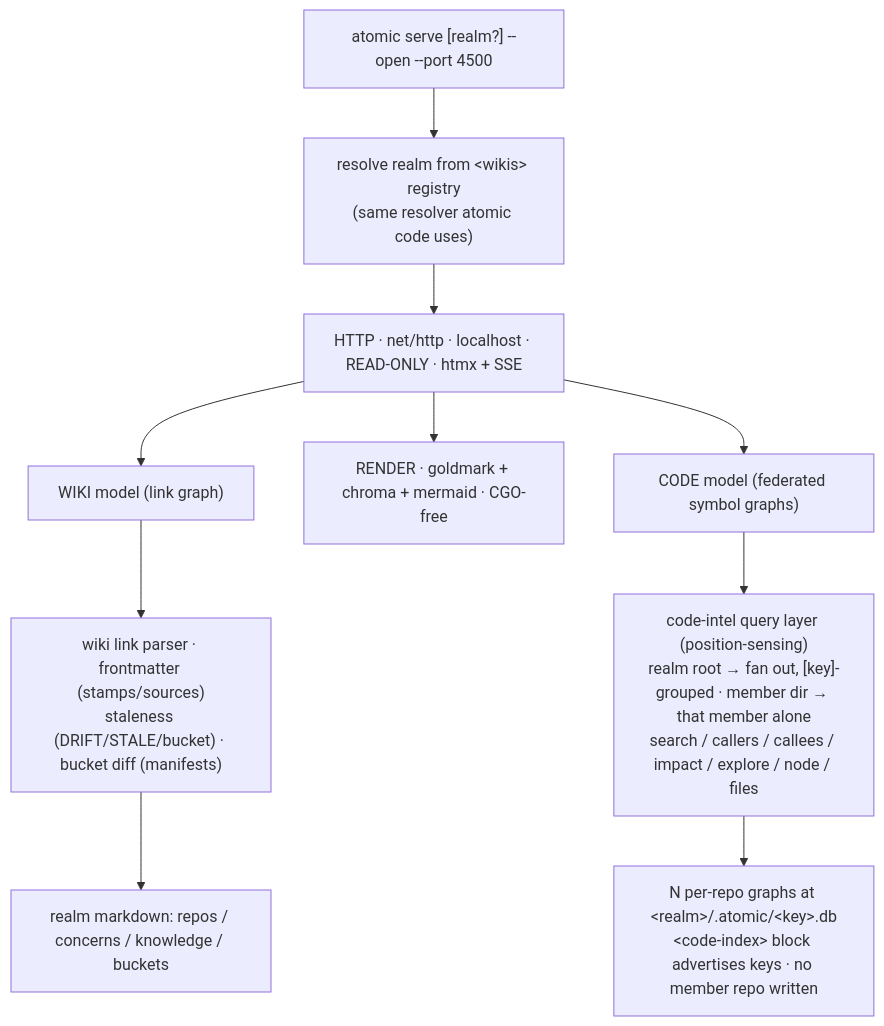
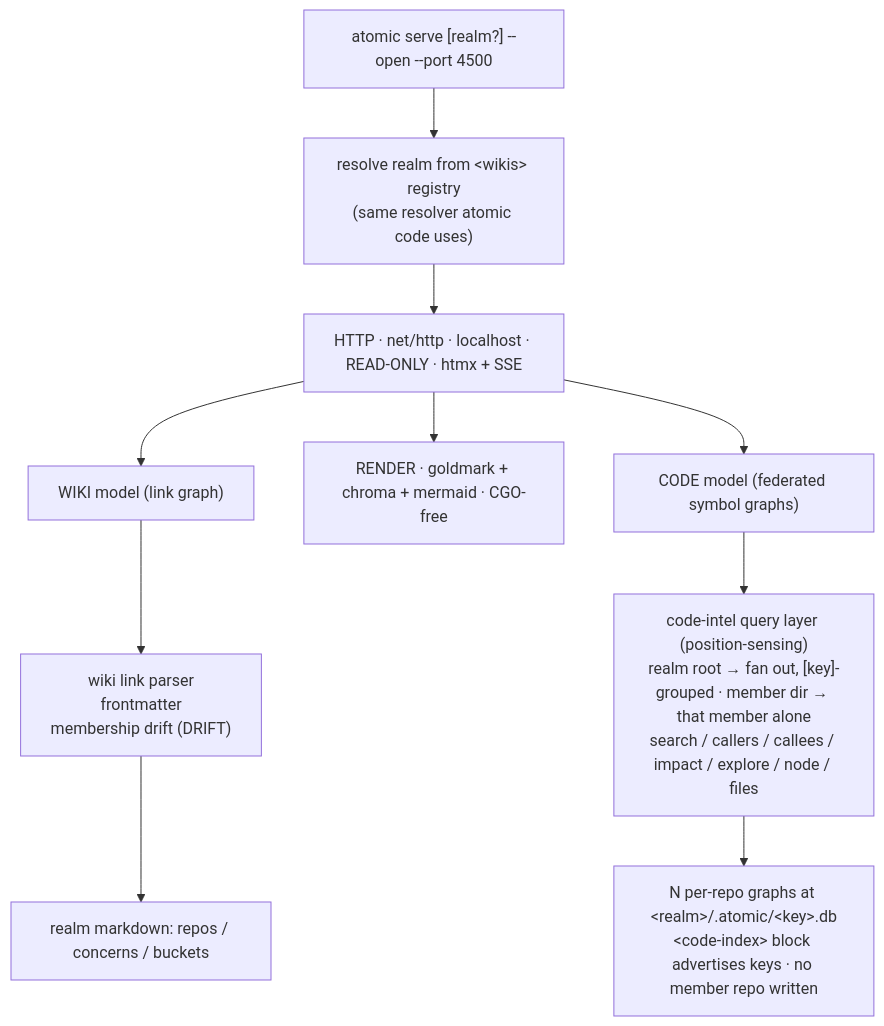
The diagram in docs/design/atomic-serve.md (damusix/atomic-claude), drawn with Mermaid before and after one commit. The commit also changed other lines of this file and 11 other files, not shown here.

````diff
--- a/docs/design/atomic-serve.md
+++ b/docs/design/atomic-serve.md
@@ -92,12 +88,12 @@
 ```mermaid
 flowchart TD
     SERVE["atomic serve [realm?] --open --port 4500"] --> RESOLVE["resolve realm from &lt;wikis&gt; registry<br/>(same resolver atomic code uses)"]
     RESOLVE --> HTTP["HTTP · net/http · localhost · READ-ONLY · htmx + SSE"]
     HTTP --> WIKI["WIKI model (link graph)"]
     HTTP --> RENDER["RENDER · goldmark + chroma + mermaid · CGO-free"]
     HTTP --> CODE["CODE model (federated symbol graphs)"]
-    WIKI --> WL["wiki link parser · frontmatter (stamps/sources)<br/>staleness (DRIFT/STALE/bucket) · bucket diff (manifests)"]
-    WL --> WM["realm markdown: repos / concerns / knowledge / buckets"]
+    WIKI --> WL["wiki link parser<br/>frontmatter<br/>membership drift (DRIFT)"]
+    WL --> WM["realm markdown: repos / concerns / buckets"]
     CODE --> CQ["code-intel query layer (position-sensing)<br/>realm root → fan out, [key]-grouped · member dir → that member alone<br/>search / callers / callees / impact / explore / node / files"]
     CQ --> CD["N per-repo graphs at &lt;realm&gt;/.atomic/&lt;key&gt;.db<br/>&lt;code-index&gt; block advertises keys · no member repo written"]
 ```
````
